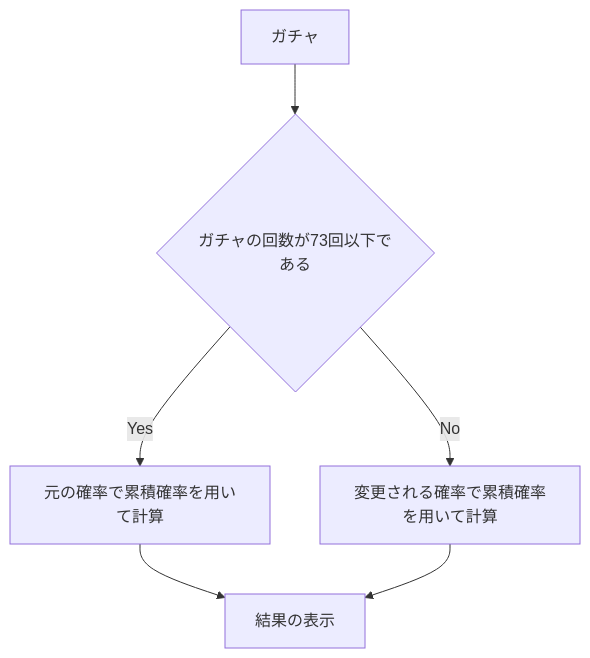
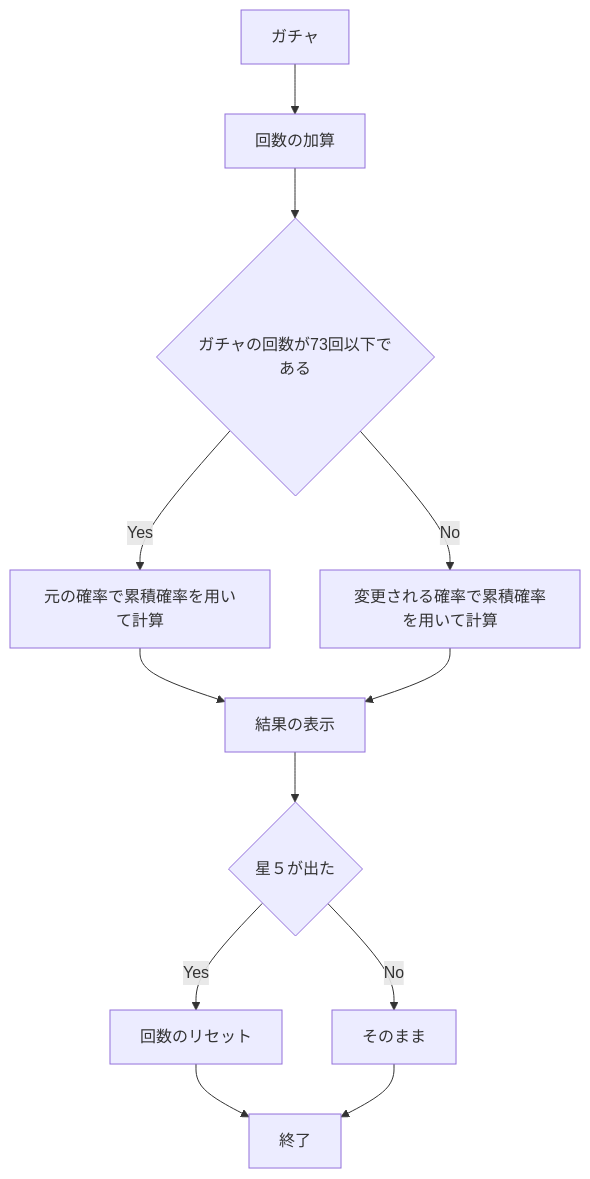
Before and after one commit to torinotebasaki/webpro_06: the second of 2 diagrams in README.md, drawn with Mermaid.

Commit message:
Update README.md and app5.js

````diff
--- a/README.md
+++ b/README.md
@@ -96,9 +96,14 @@
 ```mermaid
 graph TD;
-    A[ガチャ] --> B{ガチャの回数が73回以下である};
+    A[ガチャ] --> E[回数の加算];
+    E --> B{ガチャの回数が73回以下である};
     B --> |Yes| C1[元の確率で累積確率を用いて計算]
     B --> |No| C2[変更される確率で累積確率を用いて計算]
     C1 --> D[結果の表示]
     C2 --> D[結果の表示]
-    
+    D --> F{星５が出た};
+    F --> |Yes| G1[回数のリセット];
+    F --> |No| G2[そのまま];
+    G1 --> H[終了]
+    G2 --> H[終了]
 ```
````
